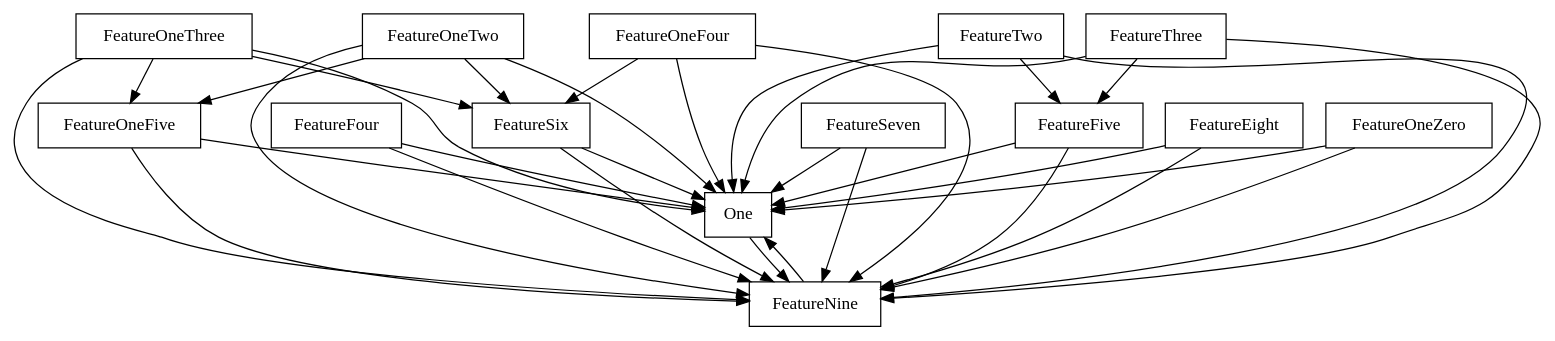
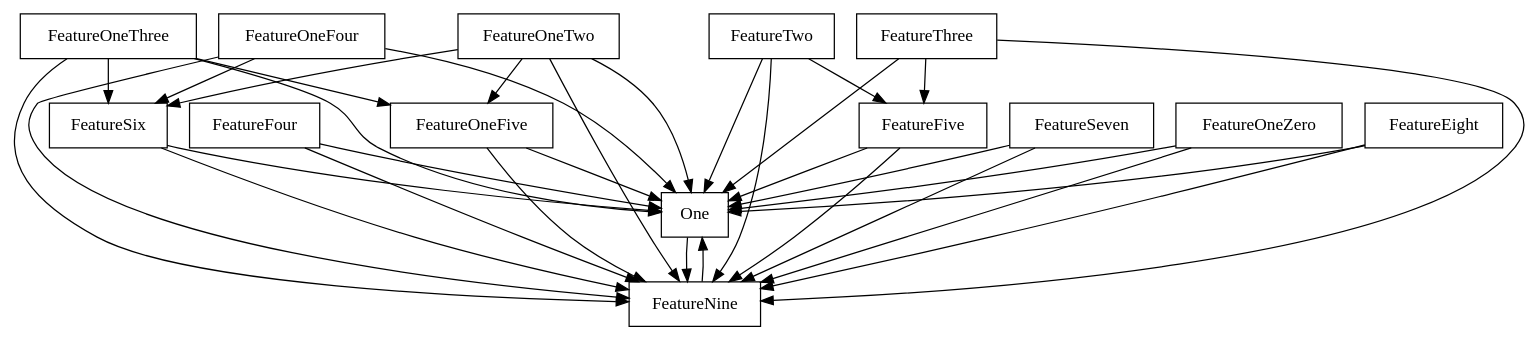
Before and after one commit to FAMILIAR-project/familiar-language: the diagram in FAMILIAR/output/SPLOT-big/fm_69_model_20110216_608697455.xml.dot, drawn with Graphviz. The commit also changed 172 other files, not shown here.

```diff
--- a/FAMILIAR/output/SPLOT-big/fm_69_model_20110216_608697455.xml.dot
+++ b/FAMILIAR/output/SPLOT-big/fm_69_model_20110216_608697455.xml.dot
@@ -1,52 +1,52 @@
 digraph{
 graph [rankdir=TB];
 node [shape=box];
 edge [arrowhead=normal];
 0[label="FeatureOneThree",]
 1[label="FeatureTwo",]
-2[label="FeatureSix",]
-3[label="FeatureFive",]
+2[label="FeatureFive",]
+3[label="FeatureSix",]
 4[label="FeatureOneFour",]
 5[label="FeatureOneFive",]
 6[label="FeatureFour",]
 7[label="FeatureThree",]
 8[label="FeatureOneTwo",]
 9[label="FeatureSeven",]
 10[label="One",]
-11[label="FeatureEight",]
+11[label="FeatureOneZero",]
 12[label="FeatureNine",]
-13[label="FeatureOneZero",]
-0->2[label="",]
+13[label="FeatureEight",]
+0->3[label="",]
 0->5[label="",]
 0->10[label="",]
 0->12[label="",]
-1->3[label="",]
+1->2[label="",]
 1->10[label="",]
 1->12[label="",]
 2->10[label="",]
 2->12[label="",]
 3->10[label="",]
 3->12[label="",]
-4->2[label="",]
+4->3[label="",]
 4->10[label="",]
 4->12[label="",]
 5->10[label="",]
 5->12[label="",]
 6->10[label="",]
 6->12[label="",]
-7->3[label="",]
+7->2[label="",]
 7->10[label="",]
 7->12[label="",]
-8->2[label="",]
+8->3[label="",]
 8->5[label="",]
 8->10[label="",]
 8->12[label="",]
 9->10[label="",]
 9->12[label="",]
 10->12[label="",]
 11->10[label="",]
 11->12[label="",]
 12->10[label="",]
 13->10[label="",]
 13->12[label="",]
 }
```
